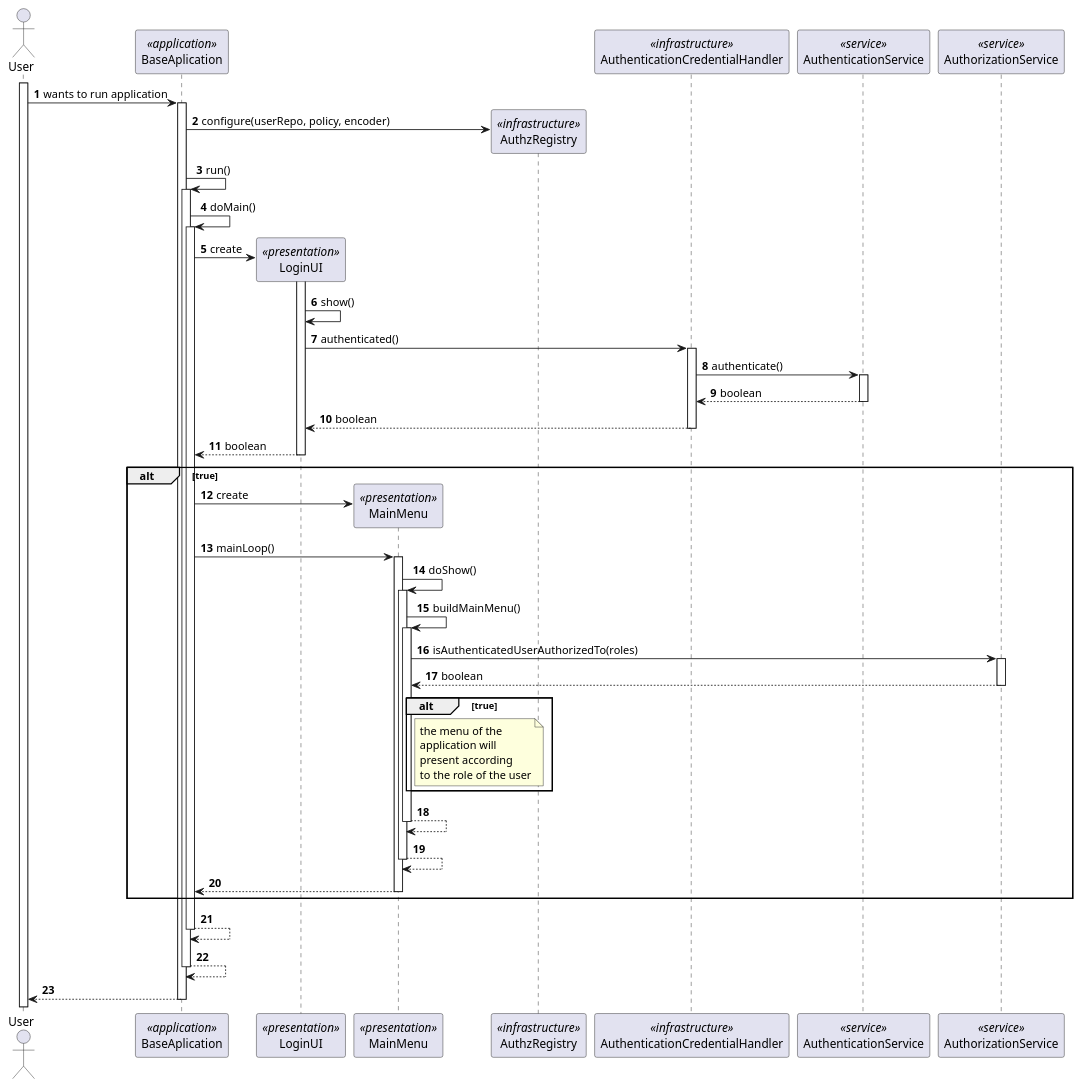
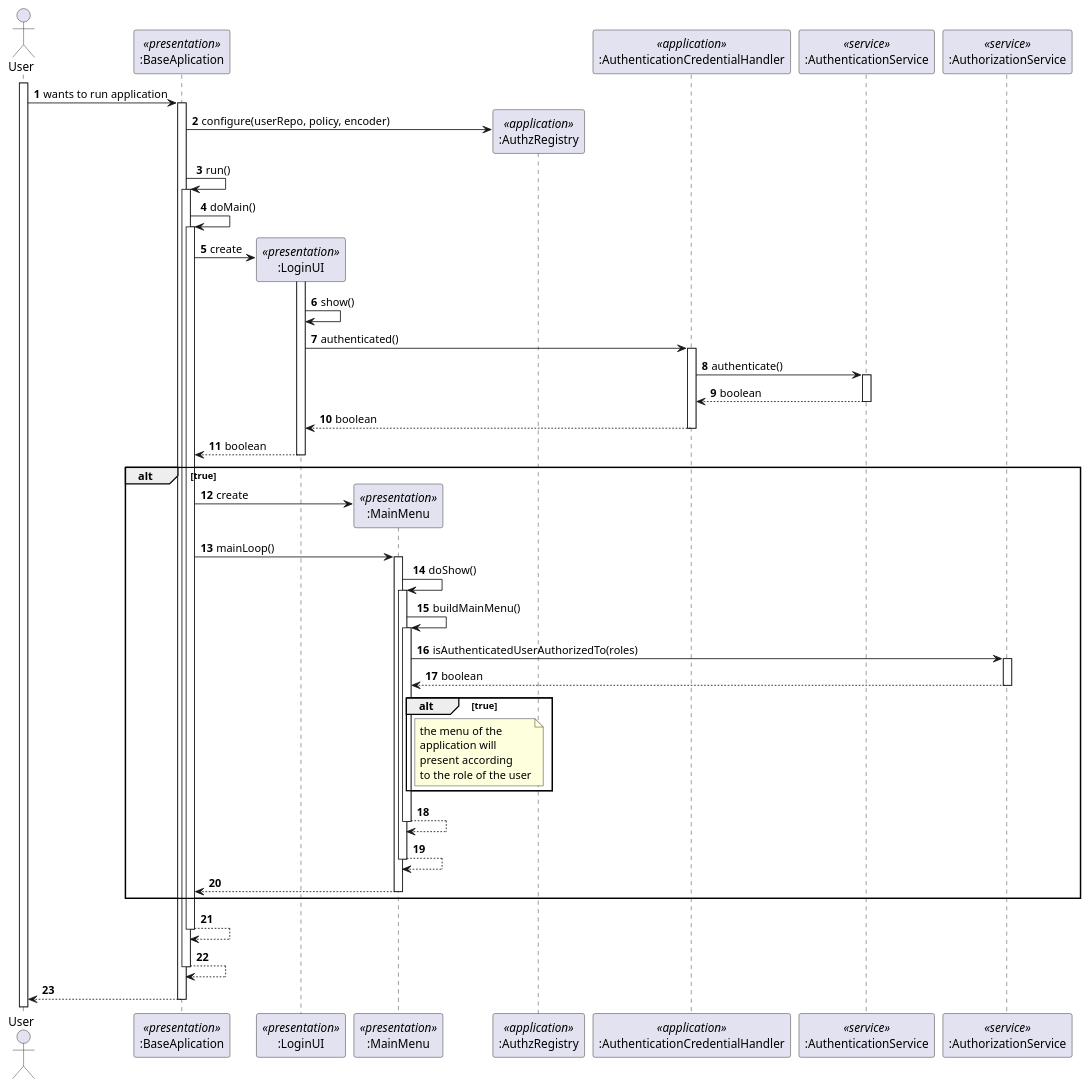
Before and after one commit to rita-barbosa/LAPR4-2324: the diagram in docs/us_g007/sequence-diagram.puml, drawn with PlantUML. The commit also changed 15 other files, not shown here.

Commit message:
docs: corrects participants declaration in sequence diagrams of us's 1000, 1001, 1009 and g007. [#116]

```diff
--- a/docs/us_g007/sequence-diagram.puml
+++ b/docs/us_g007/sequence-diagram.puml
@@ -1,86 +1,86 @@
 @startuml
 autonumber
 actor "User" as USER
 
-participant "BaseAplication" as BA <<application>>
-    participant "LoginUI" as LUI <<presentation>>
-    participant "MainMenu" as MM <<presentation>>
-participant "AuthzRegistry" as AR <<infrastructure>>
-participant "AuthenticationCredentialHandler" as ACH <<infrastructure>>
-participant "AuthenticationService" as auth <<service>>
-participant "AuthorizationService" as authz <<service>>
+participant ":BaseAplication" as BA <<presentation>>
+    participant ":LoginUI" as LUI <<presentation>>
+    participant ":MainMenu" as MM <<presentation>>
+participant ":AuthzRegistry" as AR <<application>>
+participant ":AuthenticationCredentialHandler" as ACH <<application>>
+participant ":AuthenticationService" as auth <<service>>
+participant ":AuthorizationService" as authz <<service>>
 
 
 activate USER
     USER -> BA : wants to run application
 activate BA
 
     BA  -> AR**: configure(userRepo, policy, encoder)
 
 deactivate AR
 
     BA -> BA: run()
 activate BA
     BA-> BA: doMain()
 activate BA
 
     BA -> LUI ** : create
 activate LUI
     LUI -> LUI : show()
     LUI -> ACH: authenticated()
 activate ACH
     ACH -> auth: authenticate()
 activate auth
     auth --> ACH: boolean
 deactivate auth
     ACH --> LUI : boolean
 deactivate ACH
     LUI--> BA: boolean
 deactivate LUI
 
 alt true
 
     BA -> MM**: create
     BA -> MM: mainLoop()
     activate MM
     MM -> MM :  doShow()
     activate MM
     MM-> MM: buildMainMenu()
     activate MM
     MM-> authz : isAuthenticatedUserAuthorizedTo(roles)
     activate authz
     authz --> MM: boolean
     deactivate authz
 
     alt true
         note right of MM
             the menu of the
             application will
             present according
             to the role of the user
                 end note
     end
 
         MM --> MM:
         deactivate MM
 
   MM --> MM :
     deactivate MM
 MM --> BA:
 deactivate MM
 end
 
 
 
 BA --> BA
 deactivate BA
 
 BA --> BA
 deactivate BA
 
 
 BA --> USER
 
 deactivate BA
 
 @enduml
```
